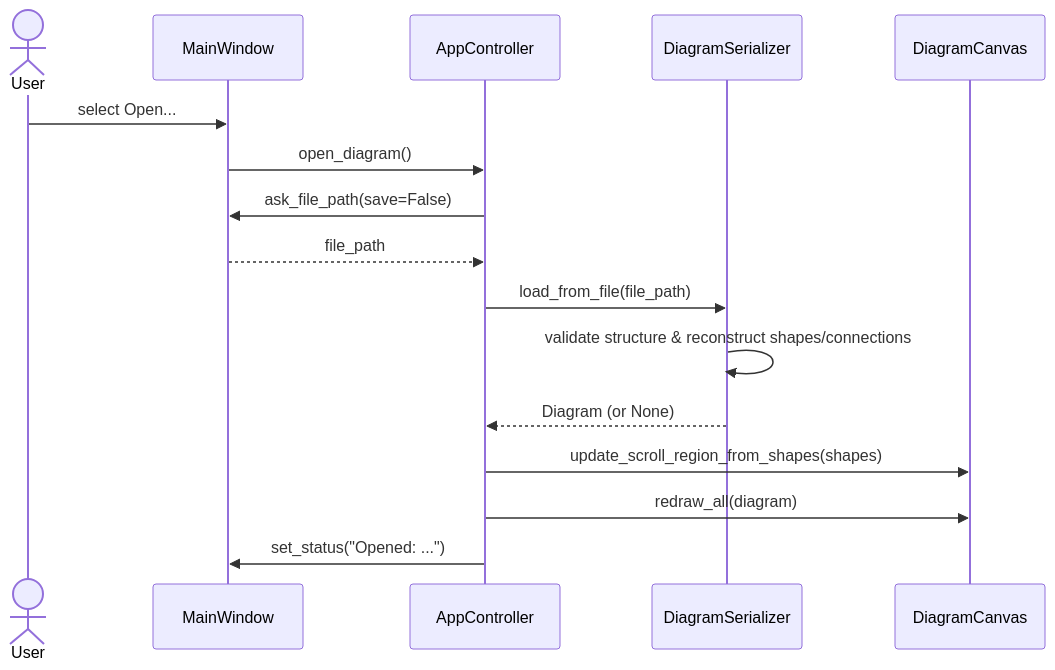
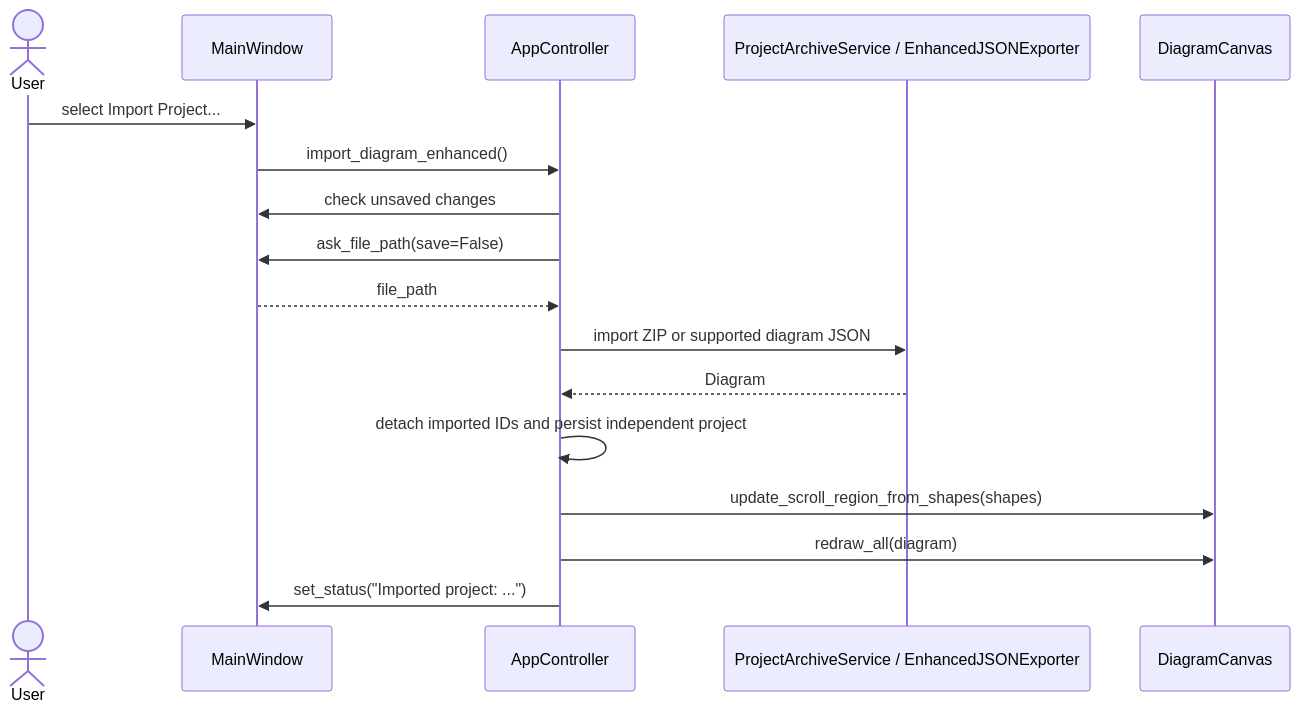
Before and after one commit to EmanuelaIbra/futurdata-thesis-emanuela: the diagram in futurdata-thesis/docs/drs/imgs/UC4.mmd, drawn with Mermaid. The commit also changed 39 other files, not shown here.

```diff
--- a/futurdata-thesis/docs/drs/imgs/UC4.mmd
+++ b/futurdata-thesis/docs/drs/imgs/UC4.mmd
@@ -1,17 +1,18 @@
 sequenceDiagram
     actor User
     participant Win as MainWindow
     participant Ctrl as AppController
-    participant Ser as DiagramSerializer
+    participant Import as ProjectArchiveService / EnhancedJSONExporter
     participant Canvas as DiagramCanvas
 
-    User->>Win: select Open...
-    Win->>Ctrl: open_diagram()
+    User->>Win: select Import Project...
+    Win->>Ctrl: import_diagram_enhanced()
+    Ctrl->>Win: check unsaved changes
     Ctrl->>Win: ask_file_path(save=False)
     Win-->>Ctrl: file_path
-    Ctrl->>Ser: load_from_file(file_path)
-    Ser->>Ser: validate structure & reconstruct shapes/connections
-    Ser-->>Ctrl: Diagram (or None)
+    Ctrl->>Import: import ZIP or supported diagram JSON
+    Import-->>Ctrl: Diagram
+    Ctrl->>Ctrl: detach imported IDs and persist independent project
     Ctrl->>Canvas: update_scroll_region_from_shapes(shapes)
     Ctrl->>Canvas: redraw_all(diagram)
-    Ctrl->>Win: set_status("Opened: ...")
+    Ctrl->>Win: set_status("Imported project: ...")
```
